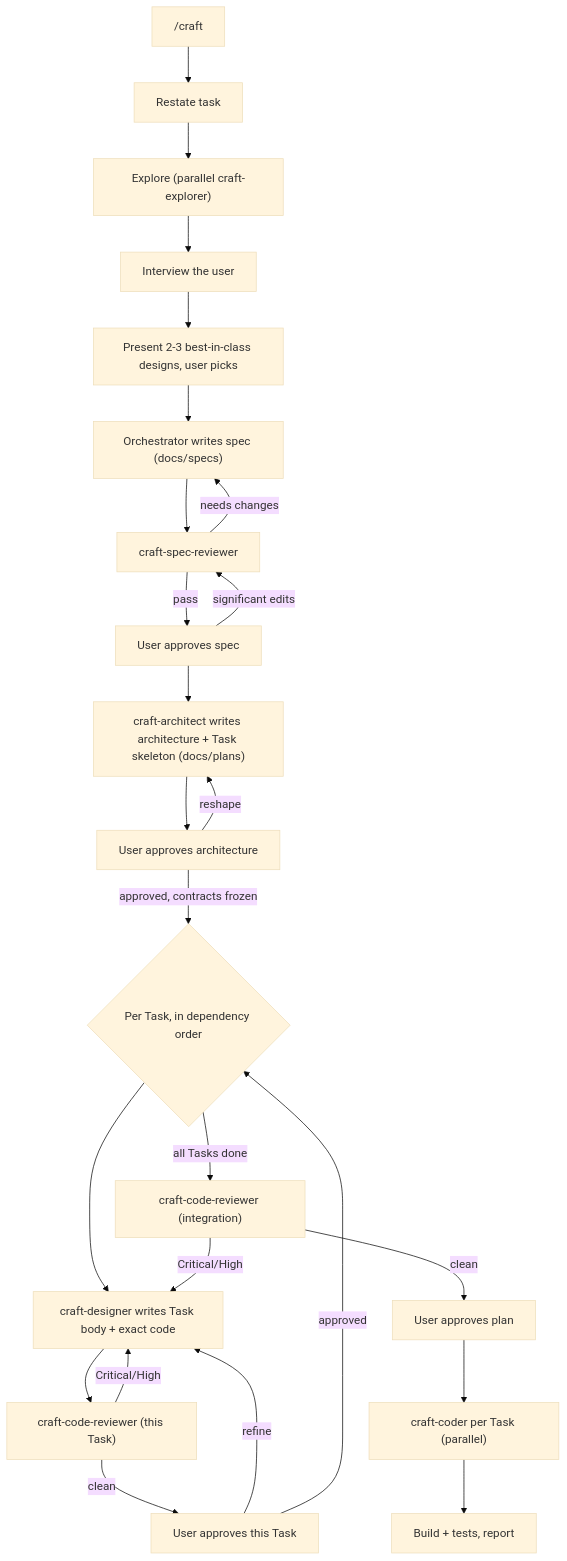
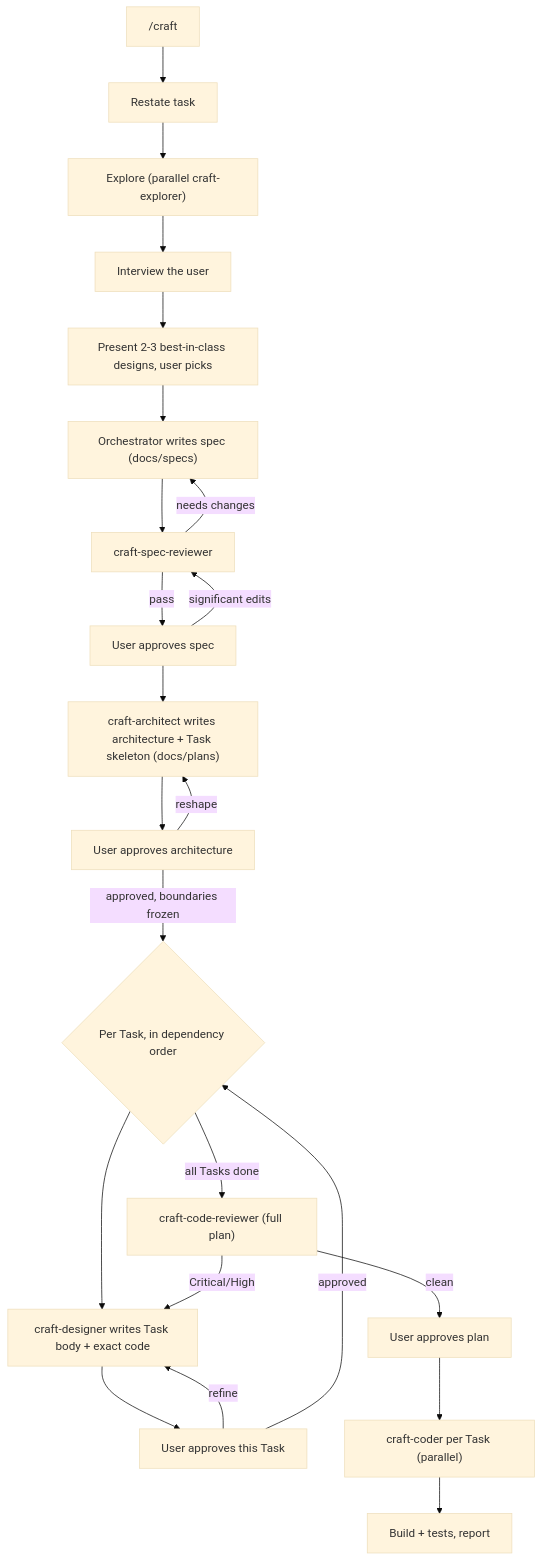
The diagram in README.md (AidenHadisi/craft), drawn with Mermaid (base theme) before and after one commit. The commit also changed other lines of this file and 6 other files, not shown here.

````diff
--- a/README.md
+++ b/README.md
@@ -26,27 +26,25 @@
 ```mermaid
 flowchart TD
     start["/craft"] --> understand["Restate task"]
     understand --> explore["Explore (parallel craft-explorer)"]
     explore --> interview["Interview the user"]
     interview --> designs["Present 2-3 best-in-class designs, user picks"]
     designs --> spec["Orchestrator writes spec (docs/specs)"]
     spec --> specrev["craft-spec-reviewer"]
     specrev -->|needs changes| spec
     specrev -->|pass| userspec["User approves spec"]
     userspec -->|significant edits| specrev
     userspec --> decompose["craft-architect writes architecture + Task skeleton (docs/plans)"]
     decompose --> archgate["User approves architecture"]
     archgate -->|reshape| decompose
-    archgate -->|approved, contracts frozen| taskloop{"Per Task, in dependency order"}
+    archgate -->|approved, boundaries frozen| taskloop{"Per Task, in dependency order"}
     taskloop --> design["craft-designer writes Task body + exact code"]
-    design --> taskrev["craft-code-reviewer (this Task)"]
-    taskrev -->|Critical/High| design
-    taskrev -->|clean| taskgate["User approves this Task"]
+    design --> taskgate["User approves this Task"]
     taskgate -->|refine| design
     taskgate -->|approved| taskloop
-    taskloop -->|all Tasks done| integrev["craft-code-reviewer (integration)"]
-    integrev -->|Critical/High| design
-    integrev -->|clean| userplan["User approves plan"]
+    taskloop -->|all Tasks done| coderev["craft-code-reviewer (full plan)"]
+    coderev -->|Critical/High| design
+    coderev -->|clean| userplan["User approves plan"]
     userplan --> build["craft-coder per Task (parallel)"]
     build --> verify["Build + tests, report"]
 ```
````
